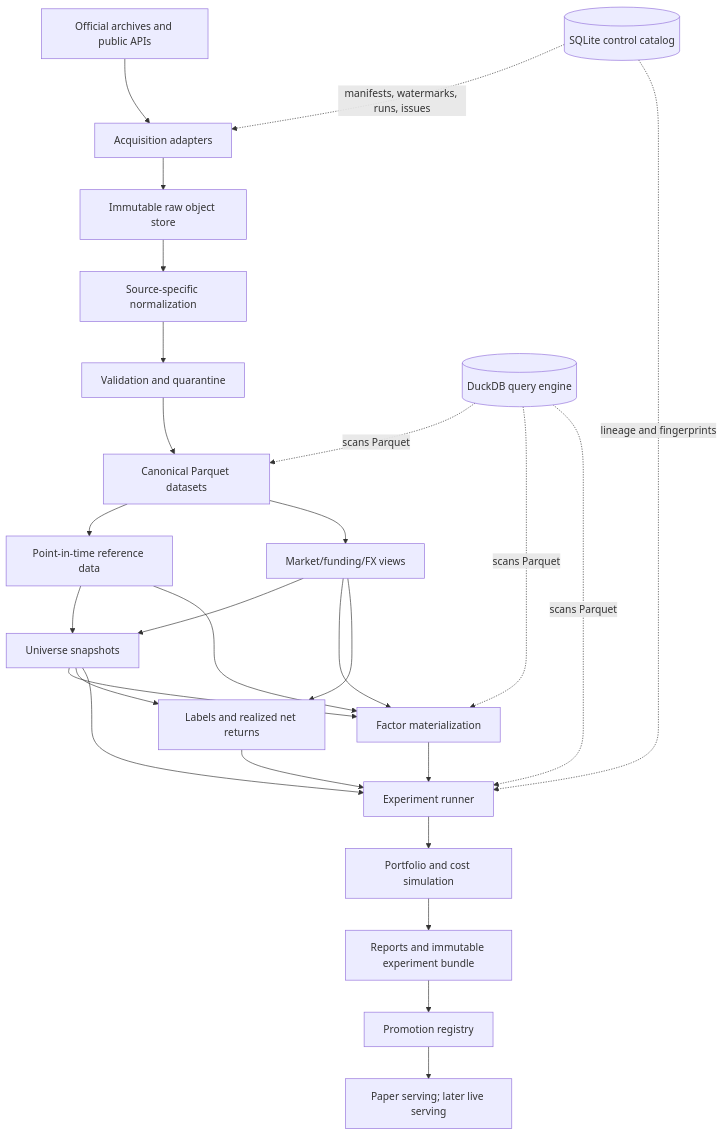
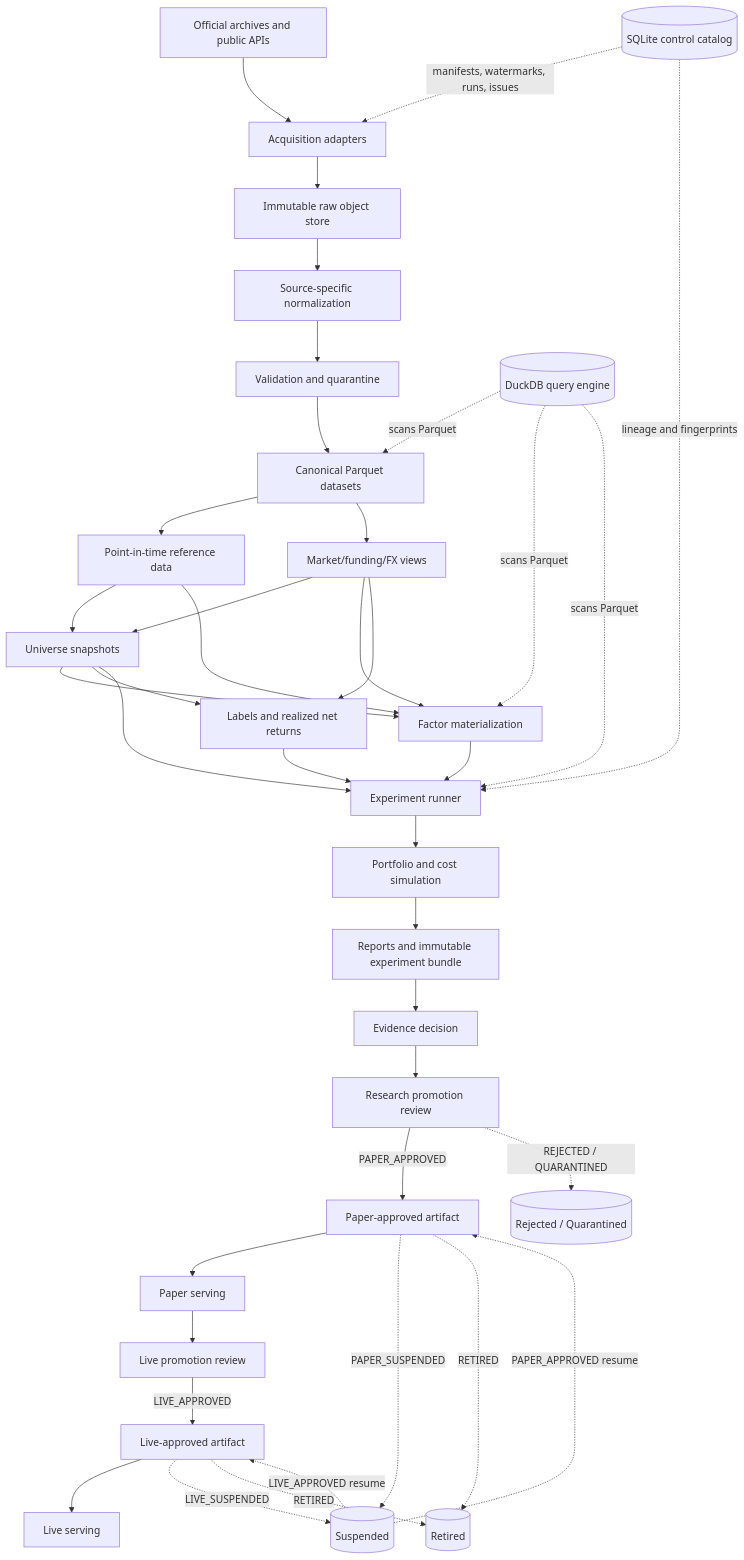
The diagram in docs/architecture/00_SYSTEM_ARCHITECTURE.md (larslarsen/Crypto-Multifactor-Bot), drawn with Mermaid before and after one commit. The commit also changed other lines of this file and 7 other files, not shown here.

First line of the commit message:
docs(arch): add Research/Paper/Live promotion lifecycle (ADR-0008)

````diff
--- a/docs/architecture/00_SYSTEM_ARCHITECTURE.md
+++ b/docs/architecture/00_SYSTEM_ARCHITECTURE.md
@@ -42,34 +42,47 @@
 ```mermaid
 flowchart TD
     S[Official archives and public APIs] --> A[Acquisition adapters]
     A --> R[Immutable raw object store]
     R --> N[Source-specific normalization]
     N --> Q[Validation and quarantine]
     Q --> C[Canonical Parquet datasets]
 
     C --> REF[Point-in-time reference data]
     C --> MKT[Market/funding/FX views]
     REF --> U[Universe snapshots]
     MKT --> U
 
     U --> F[Factor materialization]
     MKT --> F
     REF --> F
 
     U --> L[Labels and realized net returns]
     MKT --> L
     F --> E[Experiment runner]
     L --> E
     U --> E
 
     E --> P[Portfolio and cost simulation]
     P --> REP[Reports and immutable experiment bundle]
-    REP --> PROM[Promotion registry]
-    PROM --> SERVE[Paper serving; later live serving]
+    REP --> EV[Evidence decision]
+    EV --> RPR[Research promotion review]
+    RPR -->|PAPER_APPROVED| PA[Paper-approved artifact]
+    PA --> PS[Paper serving]
+    PS --> LPR[Live promotion review]
+    LPR -->|LIVE_APPROVED| LA[Live-approved artifact]
+    LA --> LS[Live serving]
+
+    RPR -. REJECTED / QUARANTINED .-> REJ[(Rejected / Quarantined)]
+    PA -. PAPER_SUSPENDED .-> SUSP[(Suspended)]
+    LA -. LIVE_SUSPENDED .-> SUSP
+    PA -. RETIRED .-> RET[(Retired)]
+    LA -. RETIRED .-> RET
+    SUSP -. LIVE_APPROVED resume .-> LA
+    SUSP -. PAPER_APPROVED resume .-> PA
 
     CTRL[(SQLite control catalog)] -. manifests, watermarks, runs, issues .-> A
     CTRL -. lineage and fingerprints .-> E
     DDB[(DuckDB query engine)] -. scans Parquet .-> C
     DDB -. scans Parquet .-> F
     DDB -. scans Parquet .-> E
 ```
````
